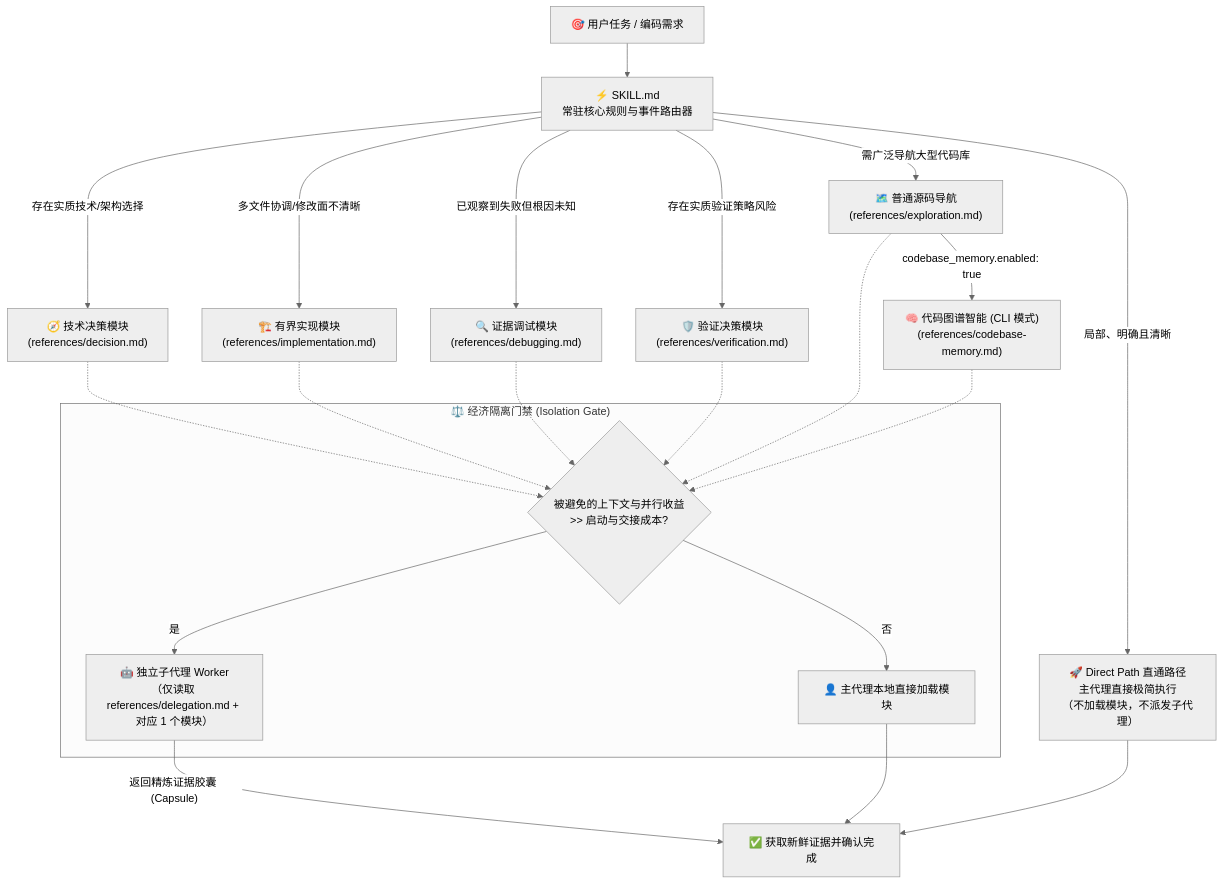
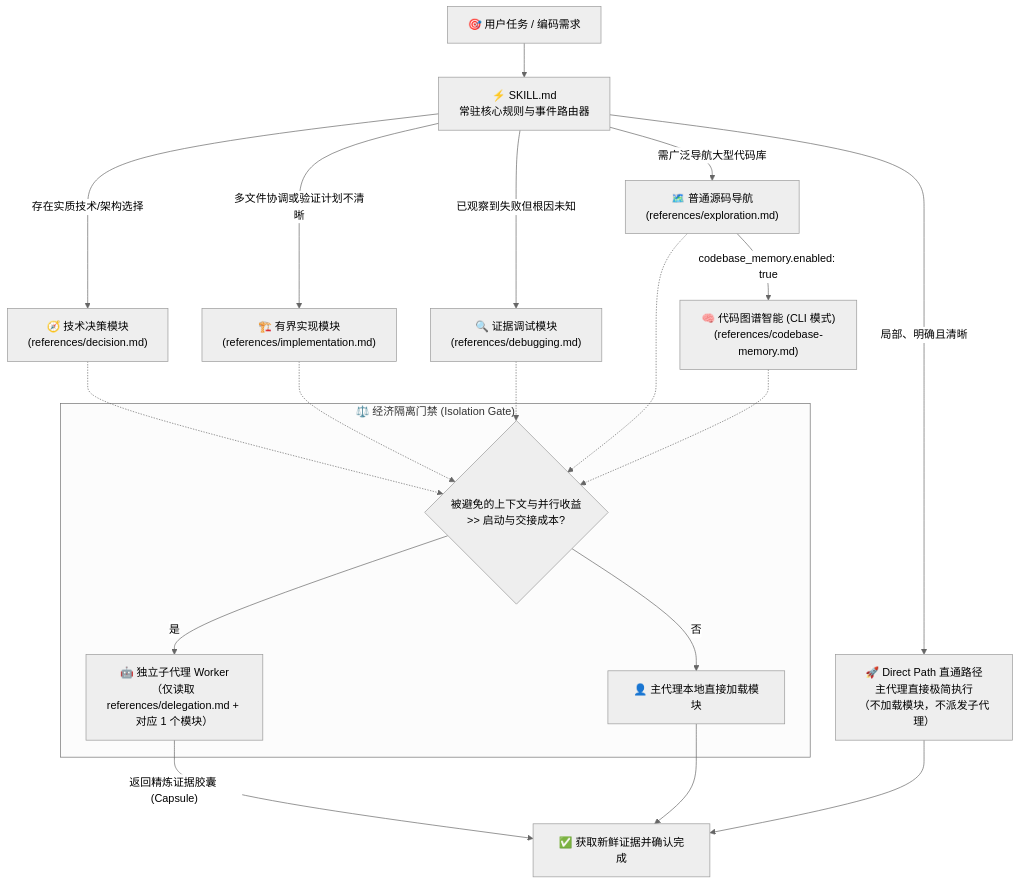
Before and after one commit to Hubujiu/practical-coding: the diagram in README_zh.md, drawn with Mermaid (neutral theme). The commit also changed other lines of this file and 18 other files, not shown here.

First line of the commit message:
Add v2.0 routing modes and fold Verification into Implementation.

````diff
--- a/README_zh.md
+++ b/README_zh.md
@@ -104,30 +106,28 @@
 ```mermaid
 flowchart TB
     Task["🎯 用户任务 / 编码需求"] --> Core["⚡ SKILL.md<br/>常驻核心规则与事件路由器"]
 
     Core -->|"局部、明确且清晰"| Direct["🚀 Direct Path 直通路径<br/>主代理直接极简执行<br/>（不加载模块，不派发子代理）"]
     
     Core -->|"存在实质技术/架构选择"| D["🧭 技术决策模块<br/>(references/decision.md)"]
-    Core -->|"多文件协调/修改面不清晰"| I["🏗️ 有界实现模块<br/>(references/implementation.md)"]
+    Core -->|"多文件协调或验证计划不清晰"| I["🏗️ 有界实现模块<br/>(references/implementation.md)"]
     Core -->|"已观察到失败但根因未知"| G["🔍 证据调试模块<br/>(references/debugging.md)"]
-    Core -->|"存在实质验证策略风险"| V["🛡️ 验证决策模块<br/>(references/verification.md)"]
     Core -->|"需广泛导航大型代码库"| E["🗺️ 普通源码导航<br/>(references/exploration.md)"]
     E -->|"codebase_memory.enabled: true"| M["🧠 代码图谱智能 (CLI 模式)<br/>(references/codebase-memory.md)"]
 
     subgraph IsolationGate["⚖️ 经济隔离门禁 (Isolation Gate)"]
         IG{"被避免的上下文与并行收益<br/>>> 启动与交接成本?"}
         IG -->|"是"| Worker["🤖 独立子代理 Worker<br/>（仅读取 references/delegation.md + 对应 1 个模块）"]
         IG -->|"否"| RootExec["👤 主代理本地直接加载模块"]
     end
 
     D -.-> IG
     I -.-> IG
     G -.-> IG
-    V -.-> IG
     E -.-> IG
     M -.-> IG
 
     Worker -->|"返回精炼证据胶囊 (Capsule)"| Done["✅ 获取新鲜证据并确认完成"]
     RootExec --> Done
     Direct --> Done
 ```
````
